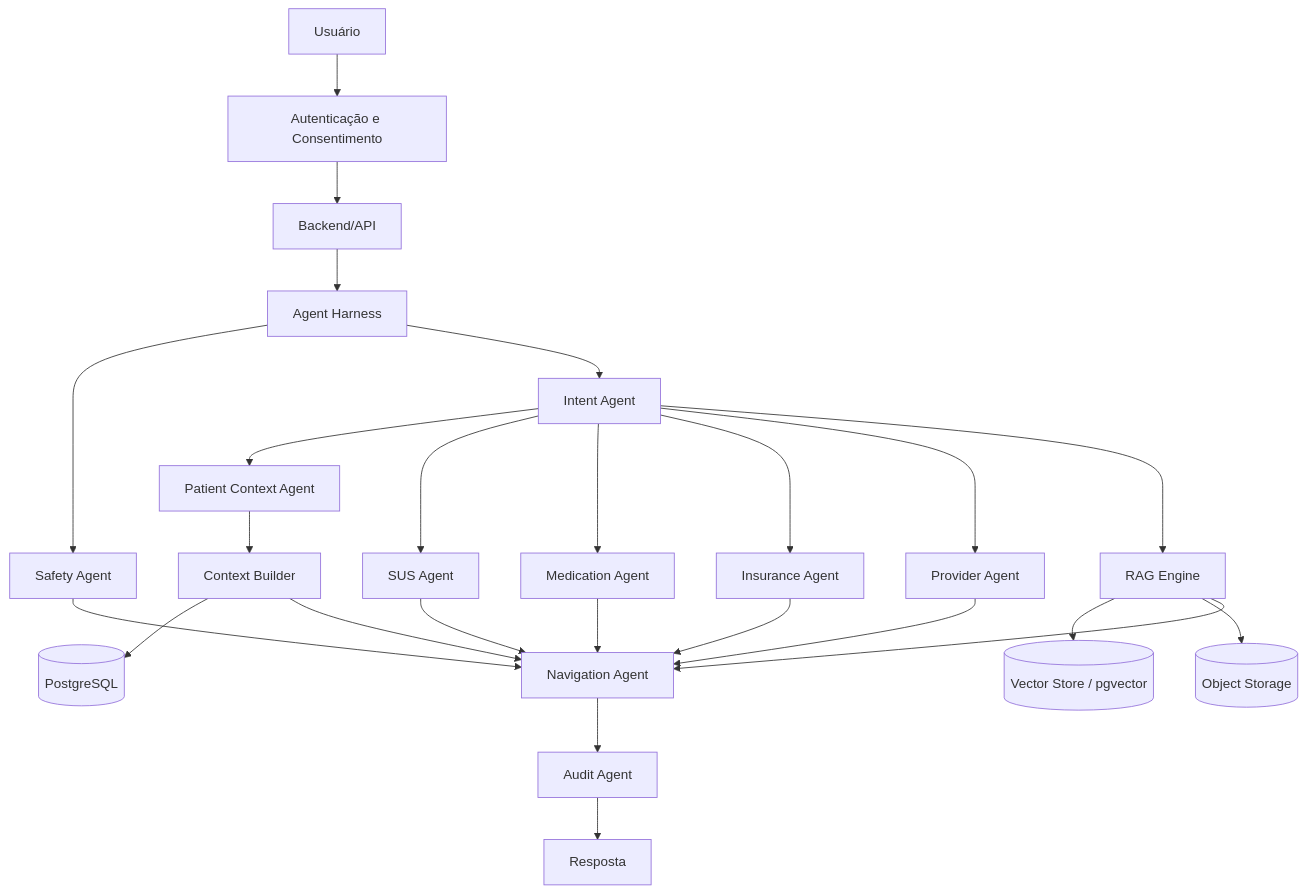
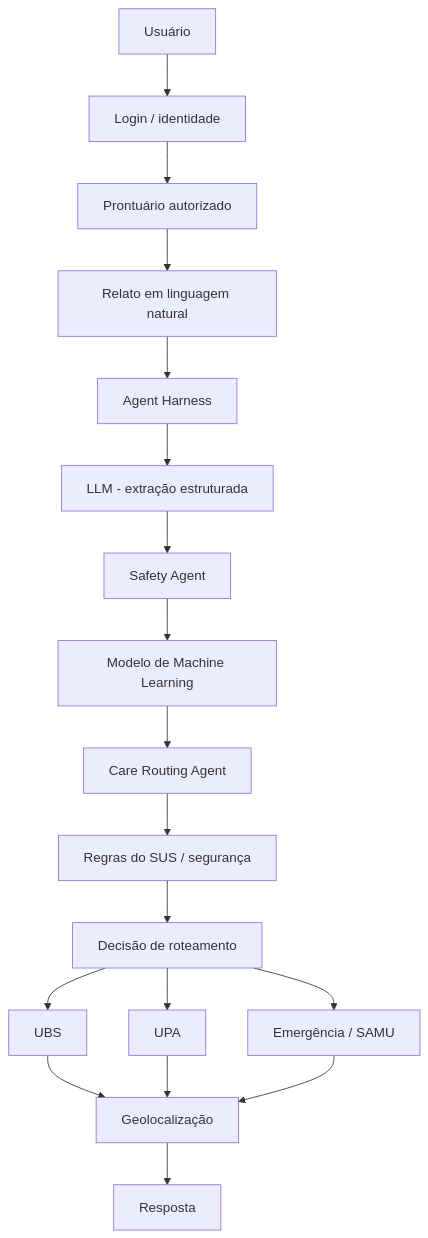
One commit to yusei21/Health-flow changed the diagram in docs/architecture.md. Above: the diagram before and after it, drawn with Mermaid. The commit also changed other lines of this file, not shown here.

Commit message:
docs: make agent harness and machine learning stage one

````diff
--- a/docs/architecture.md
+++ b/docs/architecture.md
@@ -106,33 +39,25 @@
 ```mermaid
 flowchart TD
-    U[Usuário] --> AUTH[Autenticação e Consentimento]
-    AUTH --> API[Backend/API]
-    API --> H[Agent Harness]
+    U[Usuário] --> AUTH[Login / identidade]
+    AUTH --> P[Prontuário autorizado]
+    P --> TXT[Relato em linguagem natural]
+    TXT --> H[Agent Harness]
 
-    H --> S[Safety Agent]
-    H --> I[Intent Agent]
+    H --> LLM[LLM - extração estruturada]
+    LLM --> S[Safety Agent]
+    S --> ML[Modelo de Machine Learning]
+    ML --> CR[Care Routing Agent]
 
-    I --> PC[Patient Context Agent]
-    PC --> CB[Context Builder]
-    CB --> DB[(PostgreSQL)]
+    CR --> RULES[Regras do SUS / segurança]
+    RULES --> DEC[Decisão de roteamento]
 
-    I --> SUS[SUS Agent]
-    I --> M[Medication Agent]
-    I --> P[Insurance Agent]
-    I --> L[Provider Agent]
-    I --> RAG[RAG Engine]
+    DEC --> UBS[UBS]
+    DEC --> UPA[UPA]
+    DEC --> EM[Emergência / SAMU]
 
-    RAG --> V[(Vector Store / pgvector)]
-    RAG --> OBJ[(Object Storage)]
+    UBS --> GEO[Geolocalização]
+    UPA --> GEO
+    EM --> GEO
 
-    SUS --> NAV[Navigation Agent]
-    M --> NAV
-    P --> NAV
-    L --> NAV
-    RAG --> NAV
-    CB --> NAV
-    S --> NAV
-
-    NAV --> A[Audit Agent]
-    A --> RESP[Resposta]
+    GEO --> R[Resposta]
 ```
````
